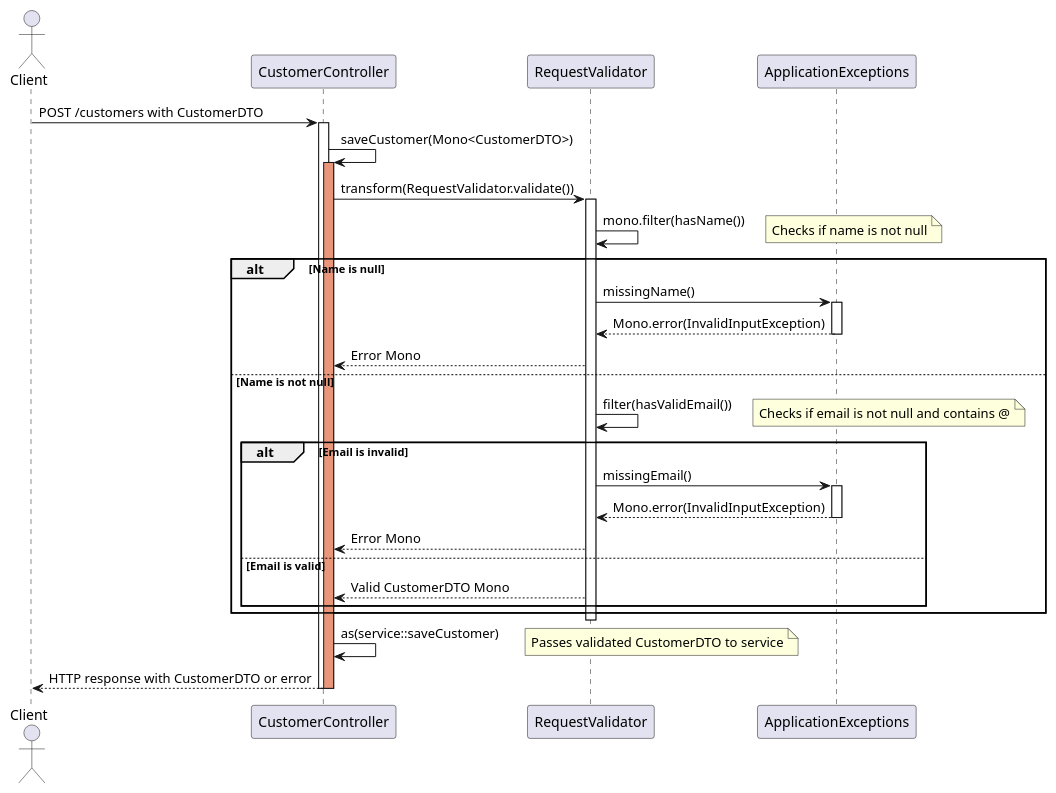
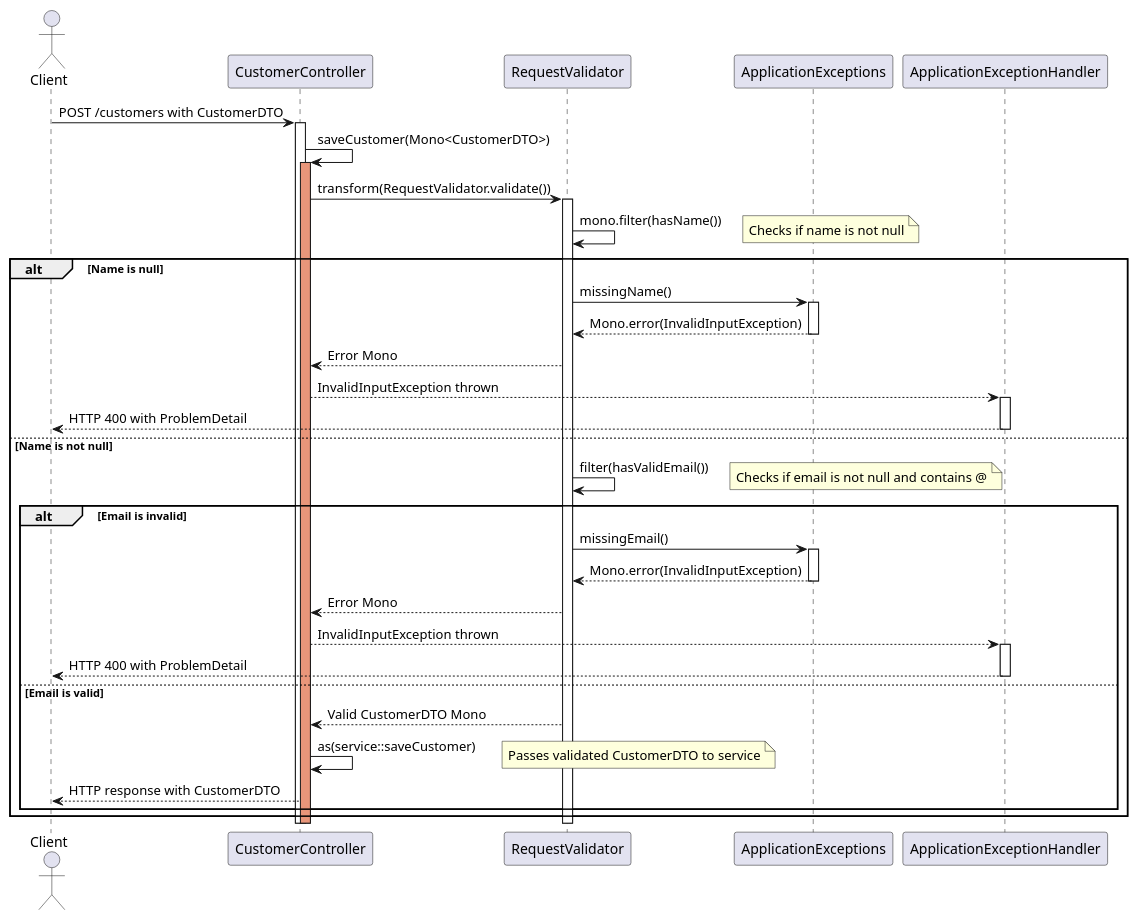
Before and after one commit to jays-codes/reactive-microservices: the diagram in webflux-sandbox/docs/diagrams/src/plant-saveCustomer-validation-SD.wsd, drawn with PlantUML. The commit also changed 2 other files, not shown here.

Commit message:
modified sequence diagram for update and save customer flows

```diff
--- a/webflux-sandbox/docs/diagrams/src/plant-saveCustomer-validation-SD.wsd
+++ b/webflux-sandbox/docs/diagrams/src/plant-saveCustomer-validation-SD.wsd
@@ -1,50 +1,57 @@
 @startuml Request Validation Flow
 
 actor Client
 participant "CustomerController" as Controller
 participant "RequestValidator" as Validator
 participant "ApplicationExceptions" as Exceptions
+participant "ApplicationExceptionHandler" as ExceptionHandler
 
 Client -> Controller: POST /customers with CustomerDTO
 activate Controller
 
 Controller -> Controller: saveCustomer(Mono<CustomerDTO>)
 activate Controller #DarkSalmon
 
 Controller -> Validator: transform(RequestValidator.validate())
 activate Validator
 
 Validator -> Validator: mono.filter(hasName())
 note right: Checks if name is not null
 
 alt Name is null
     Validator -> Exceptions: missingName()
     activate Exceptions
     Exceptions --> Validator: Mono.error(InvalidInputException)
     deactivate Exceptions
     Validator --> Controller: Error Mono
+    Controller --> ExceptionHandler: InvalidInputException thrown
+    activate ExceptionHandler
+    ExceptionHandler --> Client: HTTP 400 with ProblemDetail
+    deactivate ExceptionHandler
 else Name is not null
     Validator -> Validator: filter(hasValidEmail())
     note right: Checks if email is not null and contains @
     
     alt Email is invalid
         Validator -> Exceptions: missingEmail()
         activate Exceptions
         Exceptions --> Validator: Mono.error(InvalidInputException)
         deactivate Exceptions
         Validator --> Controller: Error Mono
+        Controller --> ExceptionHandler: InvalidInputException thrown
+        activate ExceptionHandler
+        ExceptionHandler --> Client: HTTP 400 with ProblemDetail
+        deactivate ExceptionHandler
     else Email is valid
         Validator --> Controller: Valid CustomerDTO Mono
+        Controller -> Controller: as(service::saveCustomer)
+        note right: Passes validated CustomerDTO to service
+        Controller --> Client: HTTP response with CustomerDTO
     end
 end
 
 deactivate Validator
-
-Controller -> Controller: as(service::saveCustomer)
-note right: Passes validated CustomerDTO to service
-
-Controller --> Client: HTTP response with CustomerDTO or error
 deactivate Controller #DarkSalmon
 deactivate Controller
 
 @enduml
```
